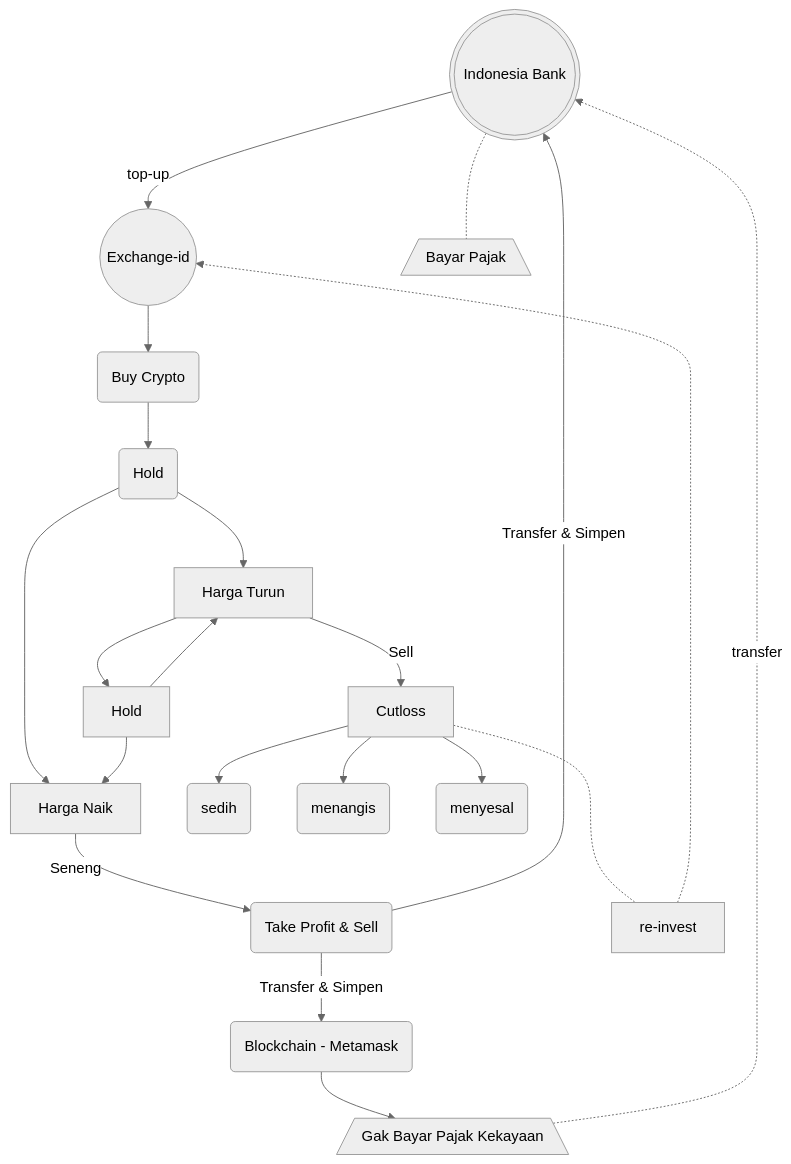
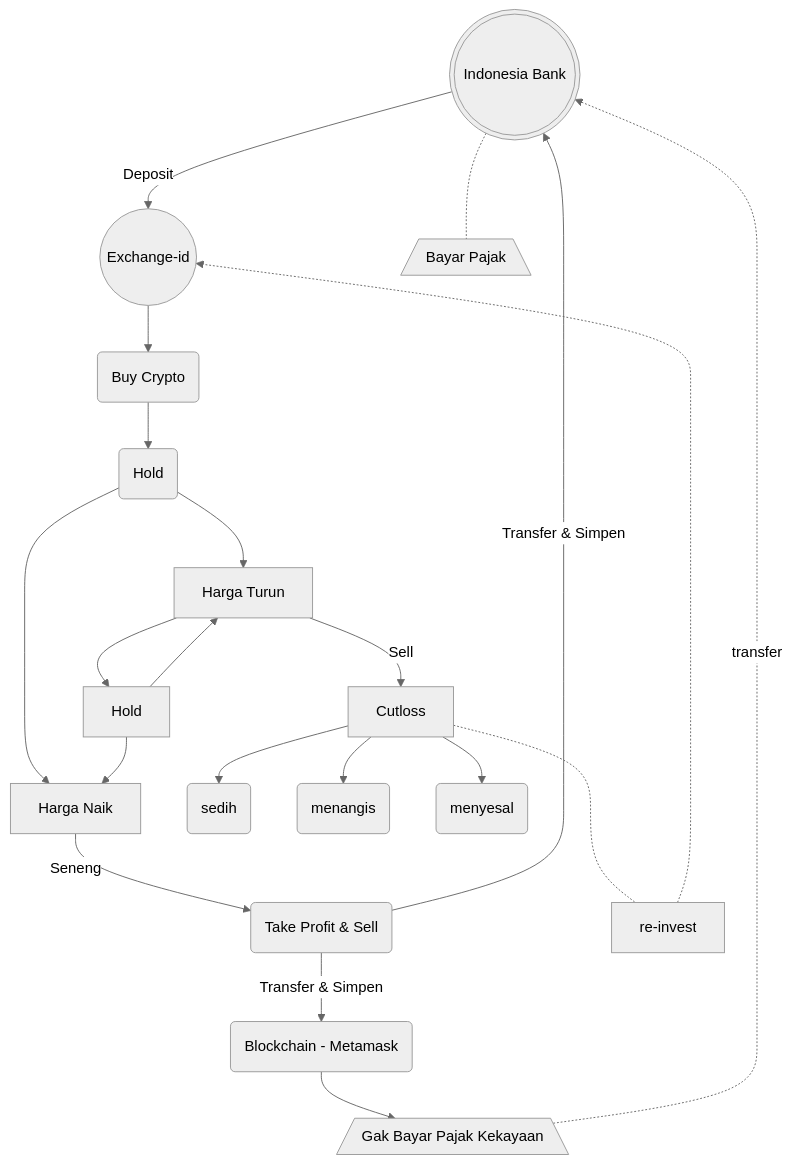
One commit to nescatfe/tea changed the diagram in content/posts/crypto-diagram.md. Above: the diagram before and after it, drawn with Mermaid (neutral theme).

Commit message:
Add Deposit

````diff
--- a/content/posts/crypto-diagram.md
+++ b/content/posts/crypto-diagram.md
@@ -18,22 +18,22 @@
 ```mermaid
 flowchart TB
 
-A(((Indonesia Bank))) -->|top-up| B((Exchange-id))
+A(((Indonesia Bank))) -->|Deposit| B((Exchange-id))
 B --> BC(Buy Crypto)
 BC --> C(Hold)
 C --> D[Harga Naik] -->|Seneng| H(Take Profit & Sell)
 C --> E[Harga Turun]
 E -->|Sell| F[Cutloss]
 F -..- re-invest -.-> B
 E --> G[Hold]
 G --> D
 G --> E
 H -->|Transfer & Simpen| A
 F --> I(sedih)
 F --> J(menangis)
 F --> K(menyesal)
 A -.- PJ[/Bayar Pajak\]
 H -->|Transfer & Simpen| block(Blockchain - Metamask)
 block --> GP[/Gak Bayar Pajak Kekayaan\]
 GP -.->|transfer| A
 ```
````
